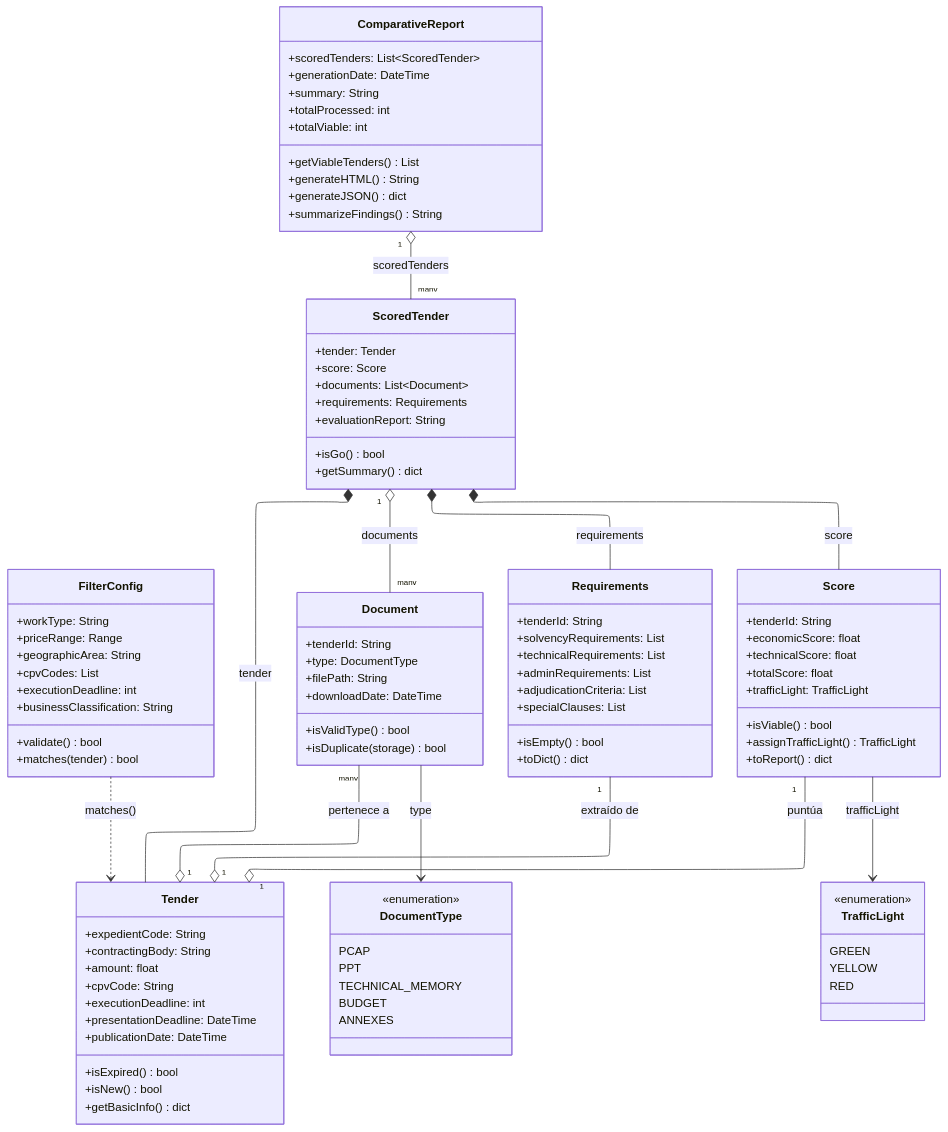
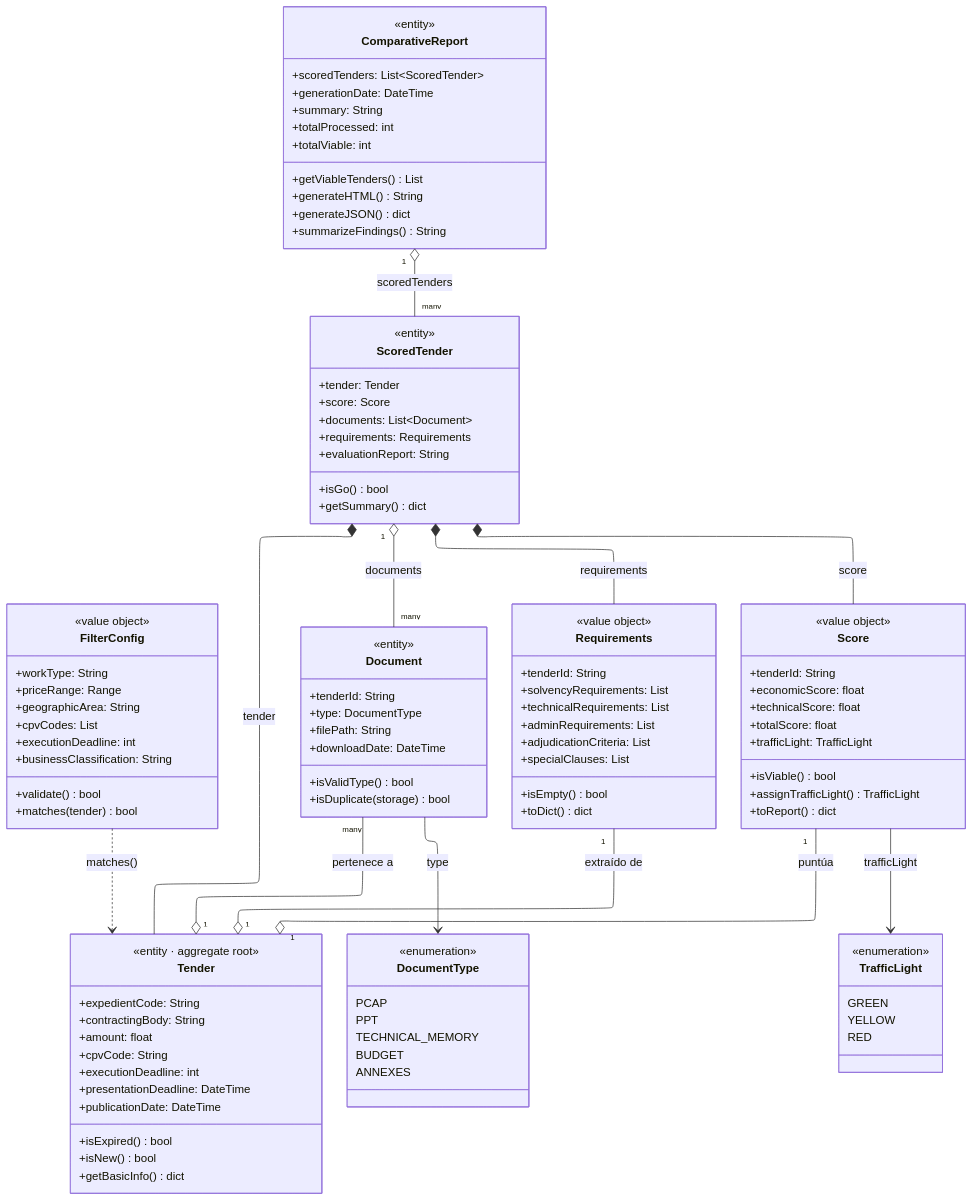
One commit to 3ozone/w2flow changed the diagram in docs/diagramas/clases/entidades_diagram.md. Above: the diagram before and after it, drawn with Mermaid. The commit also changed 15 other files, not shown here.

First line of the commit message:
feat: Add architectural decision records (ADRs) for workflow engine, daily batch pipeline, retry strategy, single data source, and data requirements

```diff
--- a/docs/diagramas/clases/entidades_diagram.md
+++ b/docs/diagramas/clases/entidades_diagram.md
@@ -5,6 +5,7 @@
 ---
 classDiagram
     class Tender {
+        <<entity · aggregate root>>
         +expedientCode: String
         +contractingBody: String
         +amount: float
@@ -18,6 +19,7 @@
     }
 
     class FilterConfig {
+        <<value object>>
         +workType: String
         +priceRange: Range
         +geographicArea: String
@@ -29,6 +31,7 @@
     }
 
     class Document {
+        <<entity>>
         +tenderId: String
         +type: DocumentType
         +filePath: String
@@ -47,6 +50,7 @@
     }
 
     class Requirements {
+        <<value object>>
         +tenderId: String
         +solvencyRequirements: List
         +technicalRequirements: List
@@ -58,6 +62,7 @@
     }
 
     class Score {
+        <<value object>>
         +tenderId: String
         +economicScore: float
         +technicalScore: float
@@ -76,6 +81,7 @@
     }
 
     class ScoredTender {
+        <<entity>>
         +tender: Tender
         +score: Score
         +documents: List~Document~
@@ -86,6 +92,7 @@
     }
 
     class ComparativeReport {
+        <<entity>>
         +scoredTenders: List~ScoredTender~
         +generationDate: DateTime
         +summary: String
```
